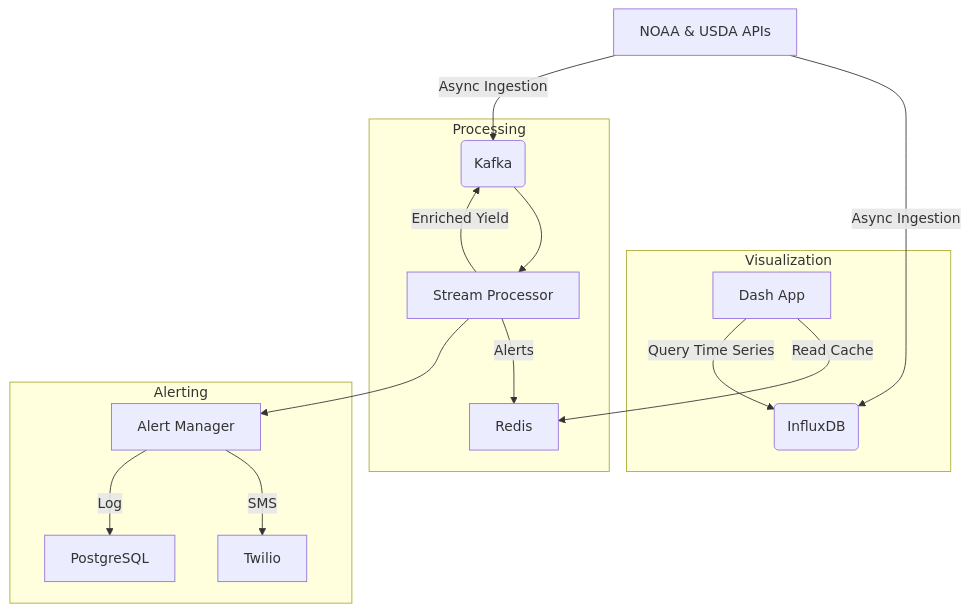
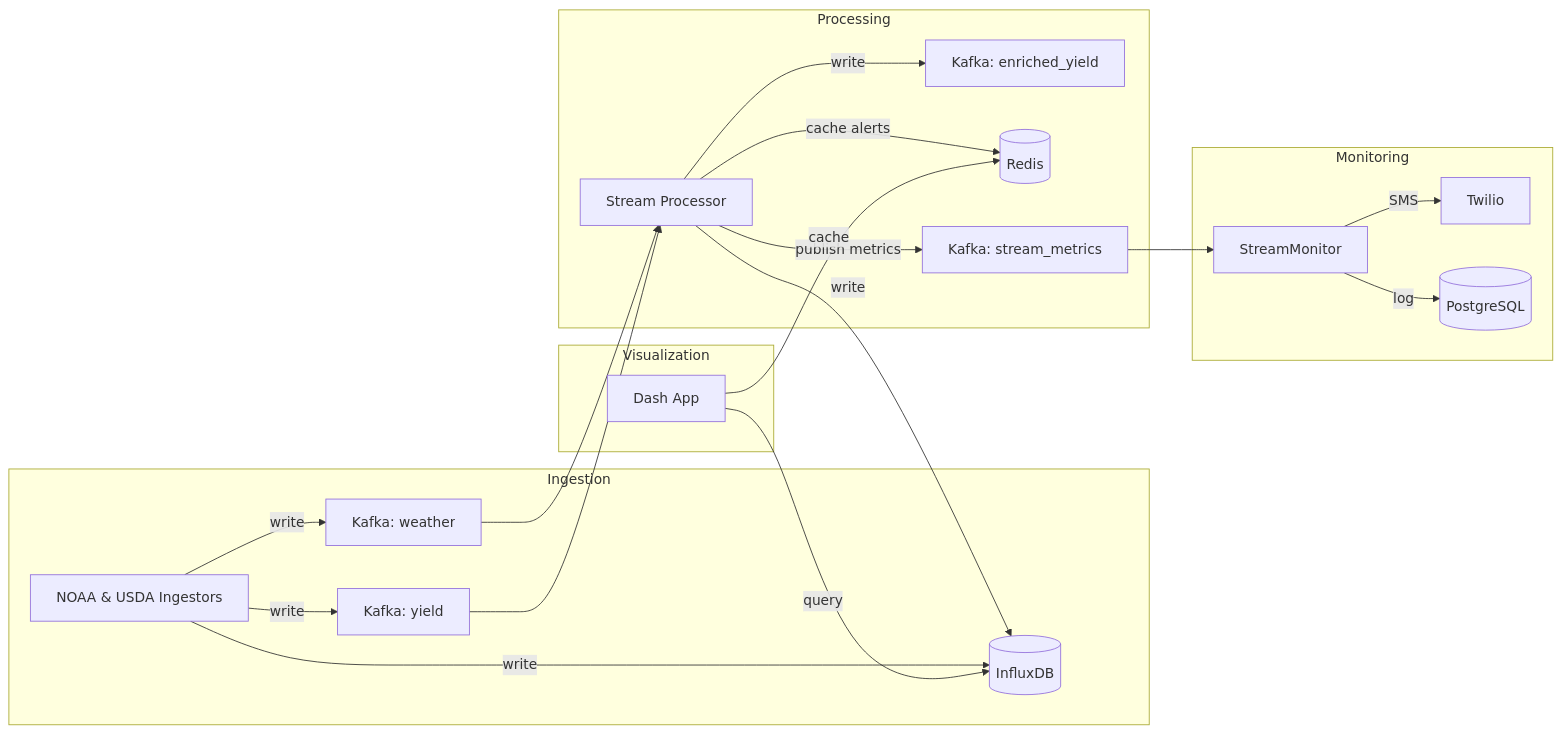
Before and after one commit to aurascoper/agri_yield_pipeline: the diagram in src/docs/REALTIME.md, drawn with Mermaid. The commit also changed other lines of this file and 8 other files, not shown here.

````diff
--- a/src/docs/REALTIME.md
+++ b/src/docs/REALTIME.md
@@ -5,19 +6,29 @@
 ```mermaid
-graph TD
-  A[NOAA & USDA APIs] -->|Async Ingestion| B(InfluxDB)
-  A -->|Async Ingestion| C(Kafka)
+graph LR
+  subgraph Ingestion
+    NOAA[NOAA & USDA Ingestors]
+    NOAA -->|write| KafkaWeather[Kafka: weather]
+    NOAA -->|write| KafkaYield[Kafka: yield]
+    NOAA -->|write| InfluxDB[(InfluxDB)]
+  end
+
   subgraph Processing
-    C --> D[Stream Processor]
-    D -->|Enriched Yield| C
-    D -->|Alerts| E[Redis]
+    KafkaWeather --> StreamProc[Stream Processor]
+    KafkaYield --> StreamProc
+    StreamProc -->|write| KafkaEnriched[Kafka: enriched_yield]
+    StreamProc -->|write| InfluxDB
+    StreamProc -->|cache alerts| Redis[(Redis)]
+    StreamProc -->|publish metrics| KafkaMetrics[Kafka: stream_metrics]
   end
+
+  subgraph Monitoring
+    KafkaMetrics --> Monitor[StreamMonitor]
+    Monitor -->|SMS| Twilio[Twilio]
+    Monitor -->|log| Postgres[(PostgreSQL)]
+  end
+
   subgraph Visualization
-    F[Dash App] -->|Read Cache| E
-    F -->|Query Time Series| B
-  end
-  subgraph Alerting
-    D --> G[Alert Manager]
-    G -->|SMS| H[Twilio]
-    G -->|Log| I[PostgreSQL]
+    Dash[Dash App] -->|query| InfluxDB
+    Dash -->|cache| Redis
   end
 ```
````
